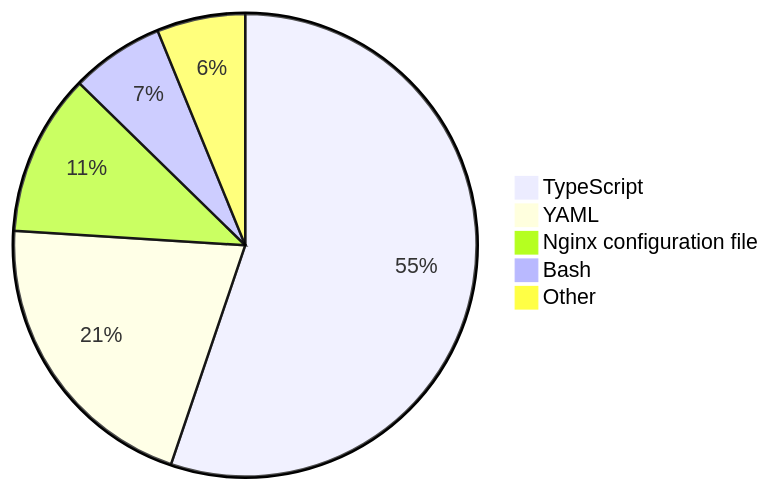
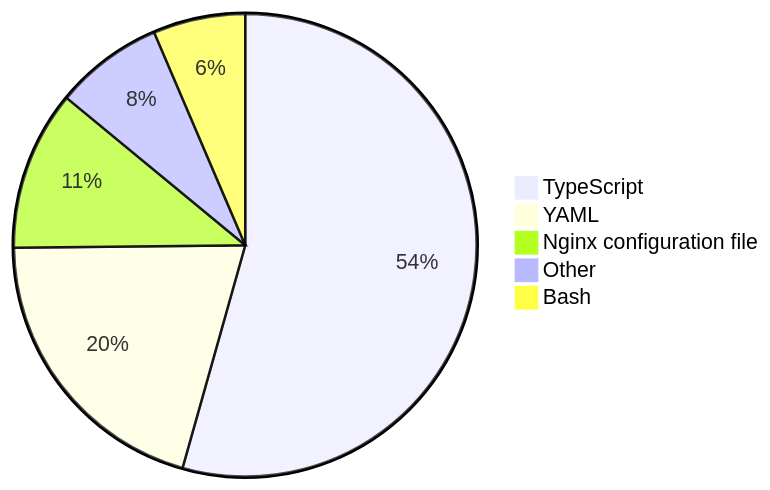
The diagram in README.md (skvggor/skvggor), drawn with Mermaid before and after one commit.

Commit message:
Updated waka-readme graph with new metrics

````diff
--- a/README.md
+++ b/README.md
@@ -28,8 +28,8 @@
 ```mermaid
 pie
-    "TypeScript" : 48.3
-    "YAML" : 18.2
-    "Nginx configuration file" : 9.9
-    "Bash" : 5.7
-    "Other" : 5.4
+    "TypeScript" : 47.3
+    "YAML" : 17.8
+    "Nginx configuration file" : 9.7
+    "Other" : 6.6
+    "Bash" : 5.6
 ```
````
